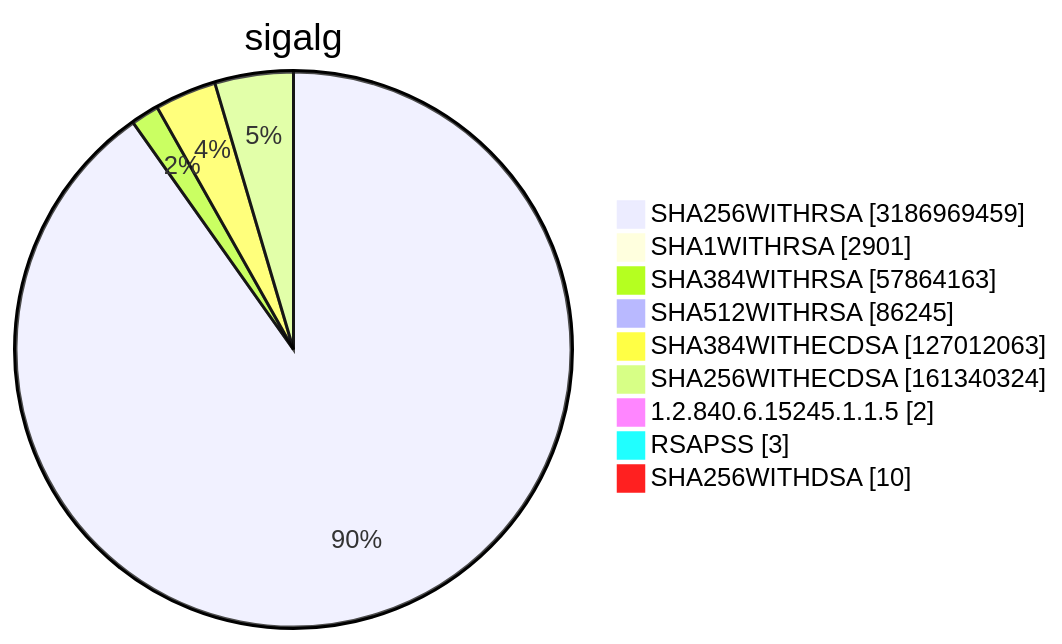
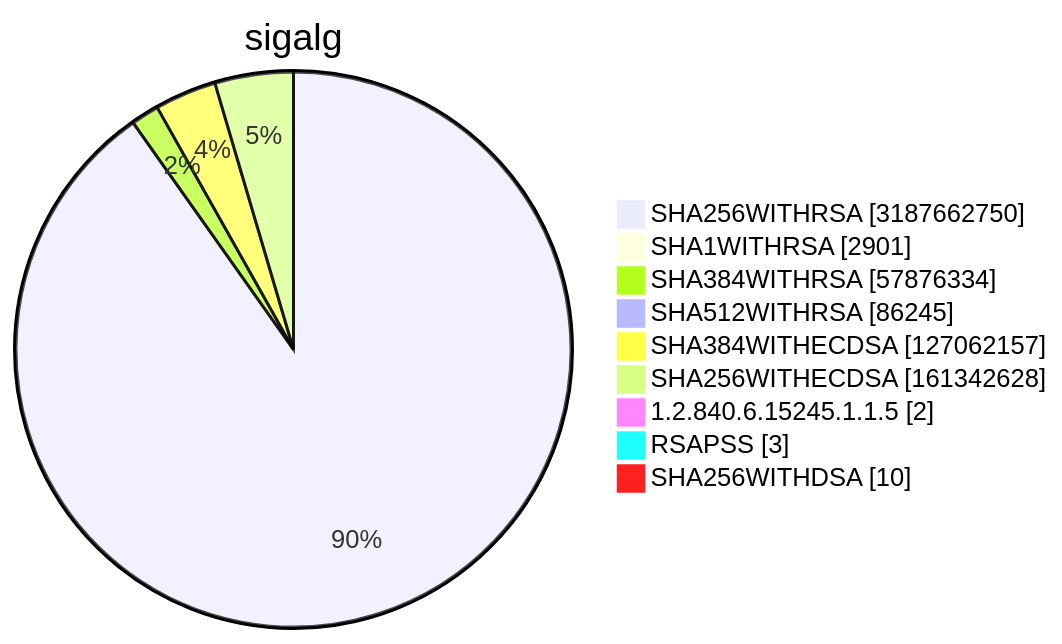
One commit to christiankrug/ctmonitor_visualization changed diagram 15 of 15 in TOTAL/README.md. Above: the diagram before and after it, drawn with Mermaid. The commit also changed other lines of this file, not shown here.

````diff
--- a/TOTAL/README.md
+++ b/TOTAL/README.md
@@ -6216,13 +6216,13 @@
 ```mermaid
 pie showData
 title sigalg
-"SHA256WITHRSA" :3186969459
+"SHA256WITHRSA" :3187662750
 "SHA1WITHRSA" :2901
-"SHA384WITHRSA" :57864163
+"SHA384WITHRSA" :57876334
 "SHA512WITHRSA" :86245
-"SHA384WITHECDSA" :127012063
-"SHA256WITHECDSA" :161340324
+"SHA384WITHECDSA" :127062157
+"SHA256WITHECDSA" :161342628
 "1.2.840.6.15245.1.1.5" :2
 "RSAPSS" :3
 "SHA256WITHDSA" :10
 ```
````
